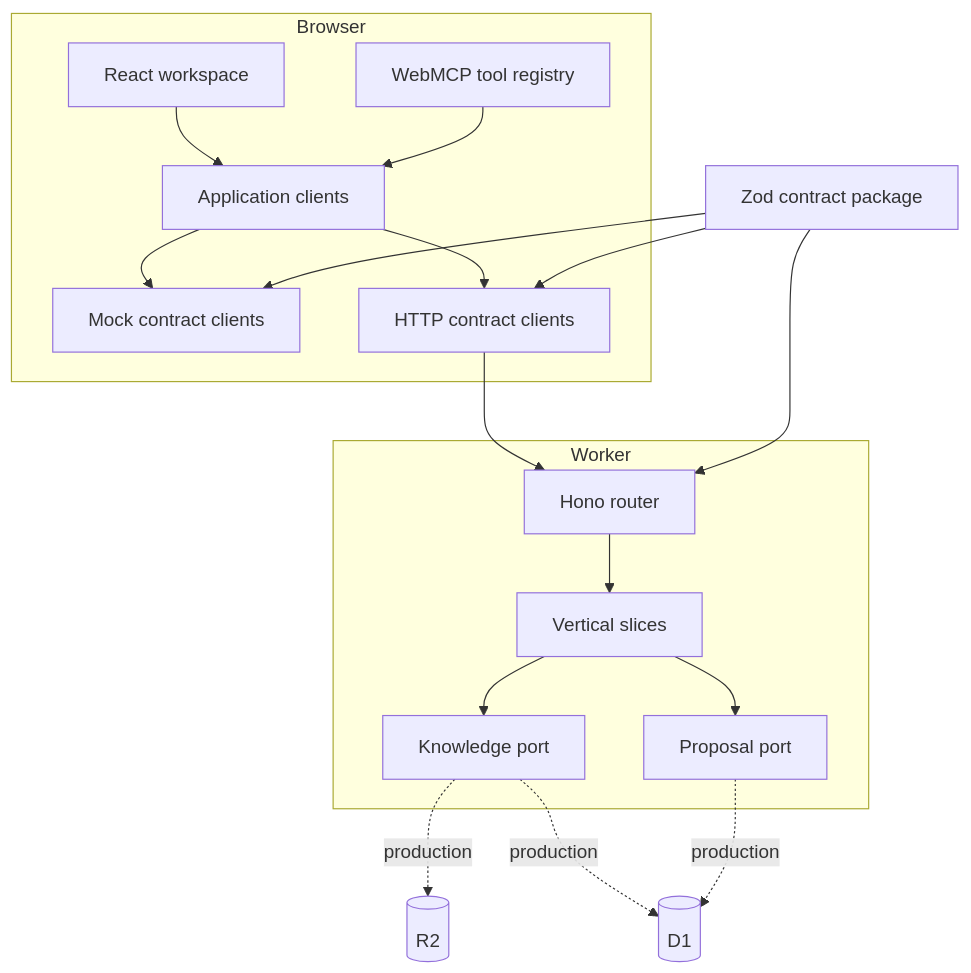
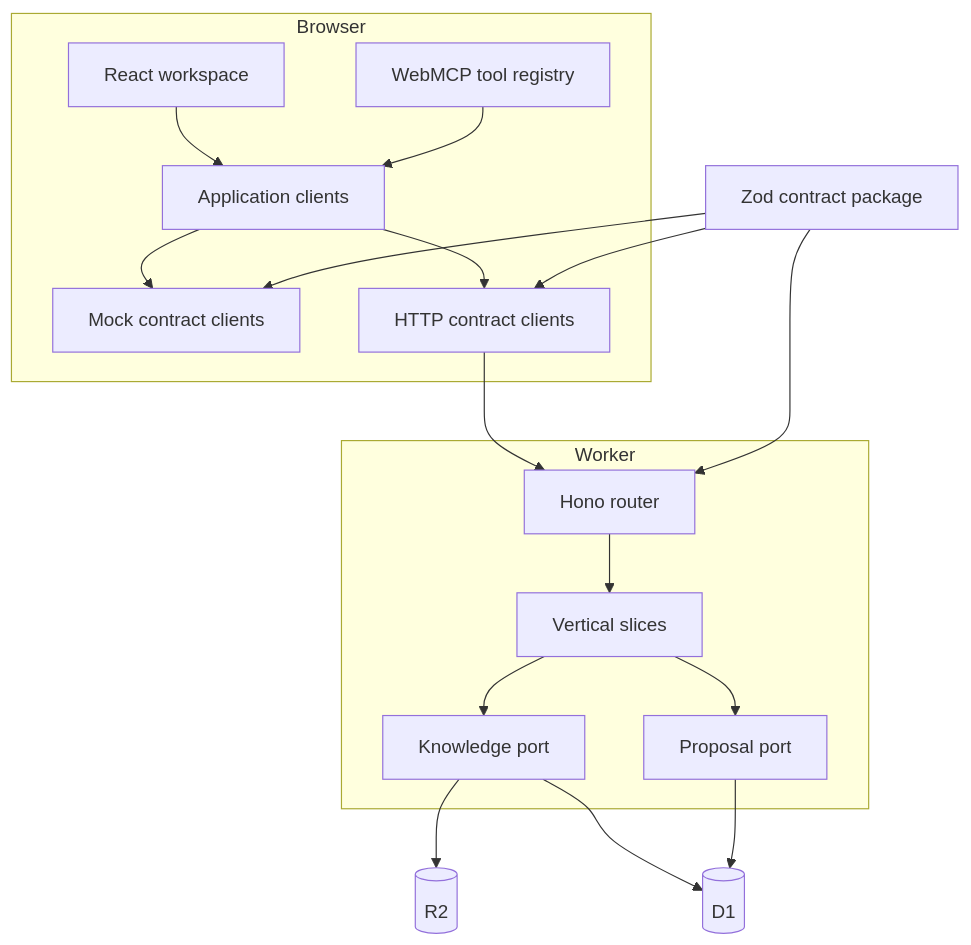
The diagram in docs/architecture.md (sinkz/Lorestra), drawn with Mermaid before and after one commit. The commit also changed other lines of this file and 145 other files, not shown here.

````diff
--- a/docs/architecture.md
+++ b/docs/architecture.md
@@ -7,30 +7,30 @@
 ```mermaid
 flowchart TB
   subgraph Browser
     UI[React workspace]
     MCP[WebMCP tool registry]
     AC[Application clients]
     UI --> AC
     MCP --> AC
     AC --> MA[Mock contract clients]
     AC --> HA[HTTP contract clients]
   end
 
   subgraph Worker
     RT[Hono router]
     VS[Vertical slices]
     KP[Knowledge port]
     PP[Proposal port]
     RT --> VS
     VS --> KP
     VS --> PP
   end
 
   HA --> RT
   Z[Zod contract package] --> MA
   Z --> HA
   Z --> RT
-  KP -. production .-> R2[(R2)]
-  KP -. production .-> D1[(D1)]
-  PP -. production .-> D1
+  KP --> R2[(R2)]
+  KP --> D1[(D1)]
+  PP --> D1
 ```
````
